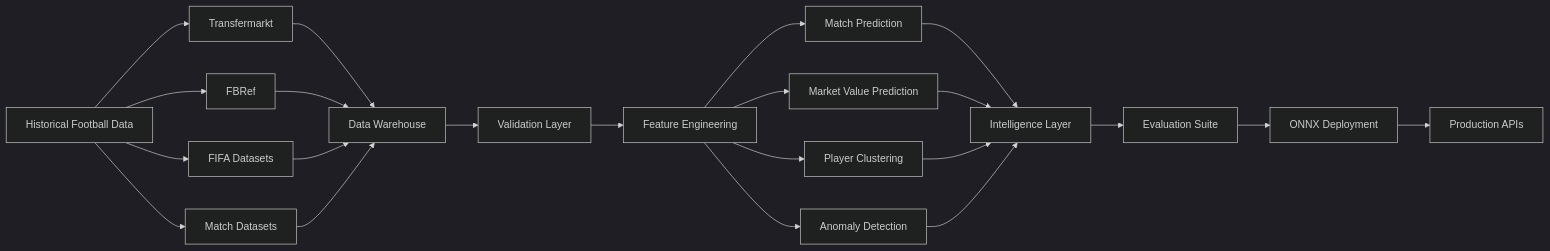
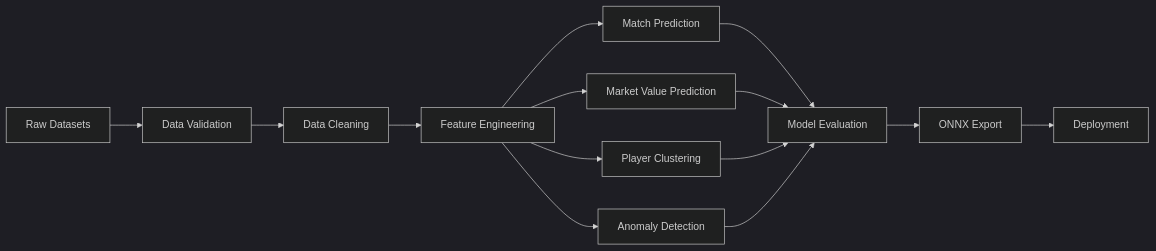
The first of 3 diagrams in README.md (sai-ganesh-4539/StatVault), drawn with Mermaid (dark theme) before and after one commit. The commit also changed other lines of this file, not shown here.

````diff
--- a/README.md
+++ b/README.md
@@ -59,33 +46,21 @@
 ```mermaid
 graph LR
 
-A[Historical Football Data]
+A[Raw Datasets] --> B[Data Validation]
+B --> C[Data Cleaning]
 
-A --> B1[Transfermarkt]
-A --> B2[FBRef]
-A --> B3[FIFA Datasets]
-A --> B4[Match Datasets]
+C --> D[Feature Engineering]
 
-B1 --> C[Data Warehouse]
-B2 --> C
-B3 --> C
-B4 --> C
+D --> E[Match Prediction]
+D --> F[Market Value Prediction]
+D --> G[Player Clustering]
+D --> H[Anomaly Detection]
 
-C --> D[Validation Layer]
-D --> E[Feature Engineering]
+E --> I[Model Evaluation]
+F --> I
+G --> I
+H --> I
 
-E --> F1[Match Prediction]
-E --> F2[Market Value Prediction]
-E --> F3[Player Clustering]
-E --> F4[Anomaly Detection]
-
-F1 --> G[Intelligence Layer]
-F2 --> G
-F3 --> G
-F4 --> G
-
-G --> H[Evaluation Suite]
-H --> I[ONNX Deployment]
-
-I --> J[Production APIs]
+I --> J[ONNX Export]
+J --> K[Deployment]
 ```
````
